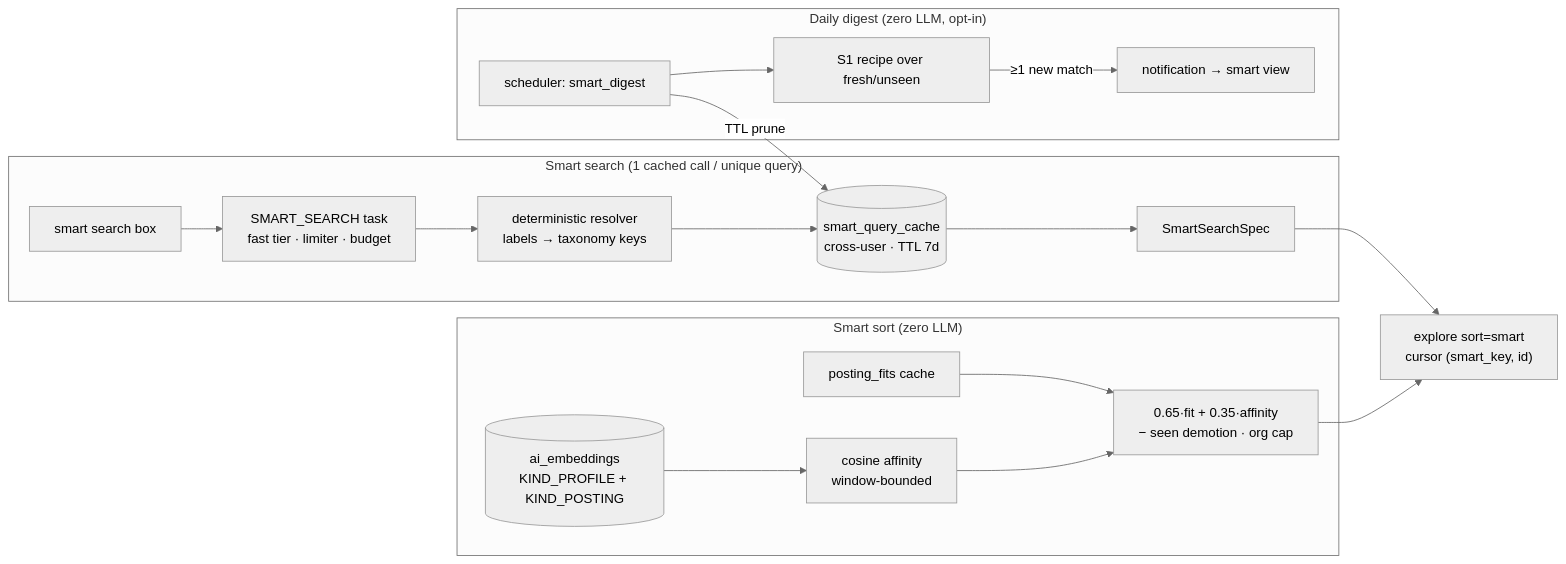
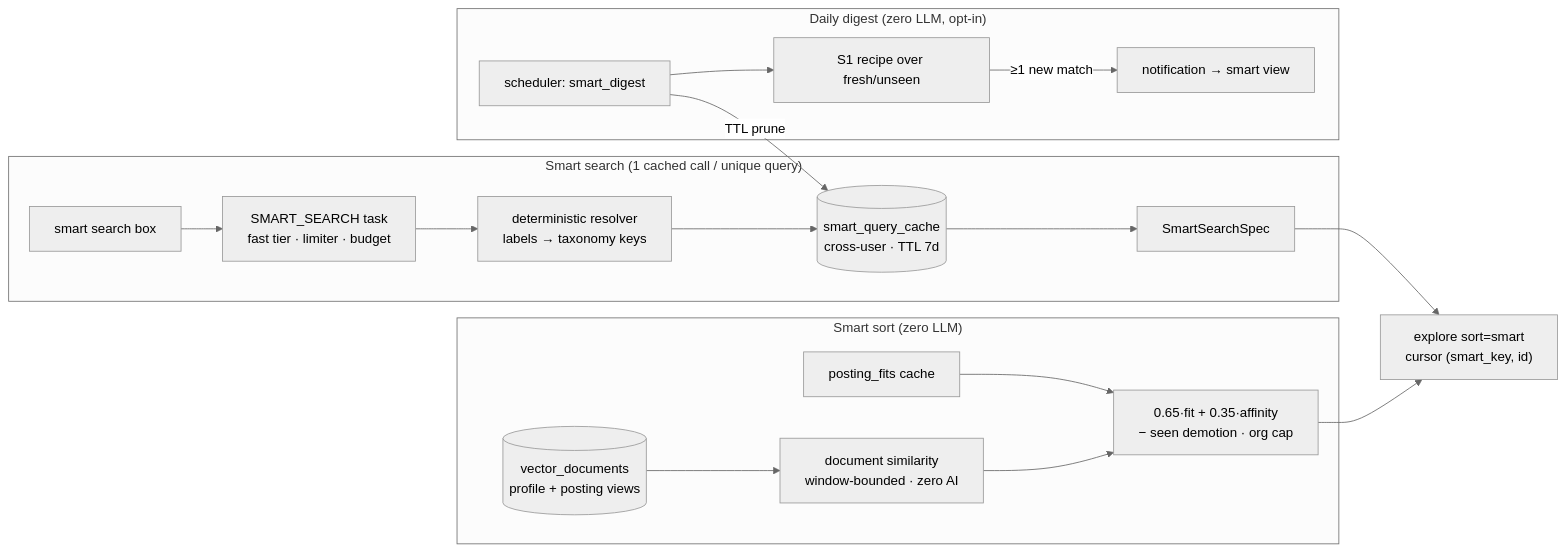
The seventh of 8 diagrams in docs/dev/ai-layer.md (neuronection/career-assistant), drawn with Mermaid (neutral theme) before and after one commit. The commit also changed other lines of this file and 12 other files, not shown here.

````diff
--- a/docs/dev/ai-layer.md
+++ b/docs/dev/ai-layer.md
@@ -546,21 +558,21 @@
 ```mermaid
 flowchart LR
     subgraph Smart["Smart sort (zero LLM)"]
         FIT["posting_fits cache"] --> B["0.65·fit + 0.35·affinity<br/>− seen demotion · org cap"]
-        PE[("ai_embeddings<br/>KIND_PROFILE + KIND_POSTING")] --> AFF["cosine affinity<br/>window-bounded"]
+        PE[("vector_documents<br/>profile + posting views")] --> AFF["document similarity<br/>window-bounded · zero AI"]
         AFF --> B
     end
     B --> EX["explore sort=smart<br/>cursor (smart_key, id)"]
     subgraph NL["Smart search (1 cached call / unique query)"]
         BOX["smart search box"] --> GW["SMART_SEARCH task<br/>fast tier · limiter · budget"]
         GW --> RES["deterministic resolver<br/>labels → taxonomy keys"]
         RES --> CACHE[("smart_query_cache<br/>cross-user · TTL 7d")]
         CACHE --> SPEC["SmartSearchSpec"]
     end
     SPEC --> EX
     subgraph Daily["Daily digest (zero LLM, opt-in)"]
         JOB["scheduler: smart_digest"] --> RANK["S1 recipe over fresh/unseen"]
         RANK -- "≥1 new match" --> N["notification → smart view"]
         JOB -- "TTL prune" --> CACHE
     end
 ```
````
